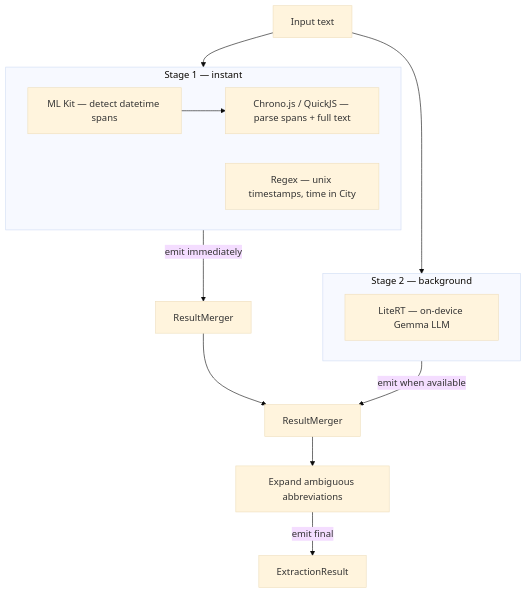
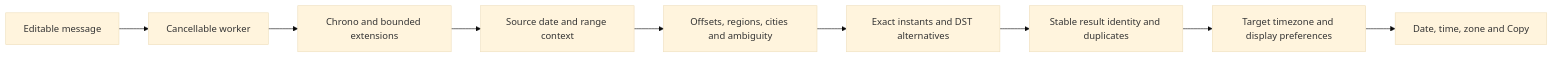
Before and after one commit to Tien-Lam/ChronoShift: the diagram in docs/architecture/nlp-pipeline.md, drawn with Mermaid (base theme). The commit also changed other lines of this file and 109 other files, not shown here.

````diff
--- a/docs/architecture/nlp-pipeline.md
+++ b/docs/architecture/nlp-pipeline.md
@@ -7,25 +5,11 @@
 ```mermaid
-flowchart TD
-    input[Input text]
-
-    subgraph stage1[Stage 1 — instant]
-        mlkit[ML Kit — detect datetime spans]
-        chrono[Chrono.js / QuickJS — parse spans + full text]
-        regex[Regex — unix timestamps, time in City]
-        mlkit --> chrono
-    end
-
-    subgraph stage2[Stage 2 — background]
-        litert[LiteRT — on-device Gemma LLM]
-    end
-
-    expand[Expand ambiguous abbreviations]
-
-    input --> stage1
-    input --> stage2
-    stage1 -- emit immediately --> merge1[ResultMerger]
-    stage2 -- emit when available --> merge2[ResultMerger]
-    merge1 --> merge2
-    merge2 --> expand
-    expand -- emit final --> results[ExtractionResult]
+flowchart LR
+    input[Editable message] --> worker[Cancellable worker]
+    worker --> parse[Chrono and bounded extensions]
+    parse --> context[Source date and range context]
+    context --> zones[Offsets, regions, cities and ambiguity]
+    zones --> temporal[Exact instants and DST alternatives]
+    temporal --> merge[Stable result identity and duplicates]
+    merge --> format[Target timezone and display preferences]
+    format --> results[Date, time, zone and Copy]
 ```
````
